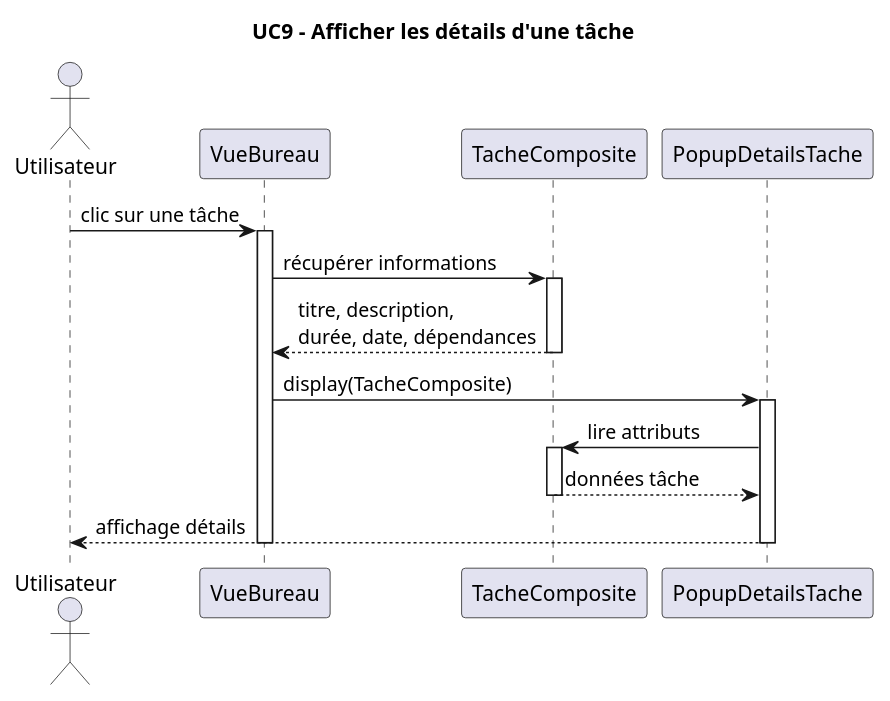
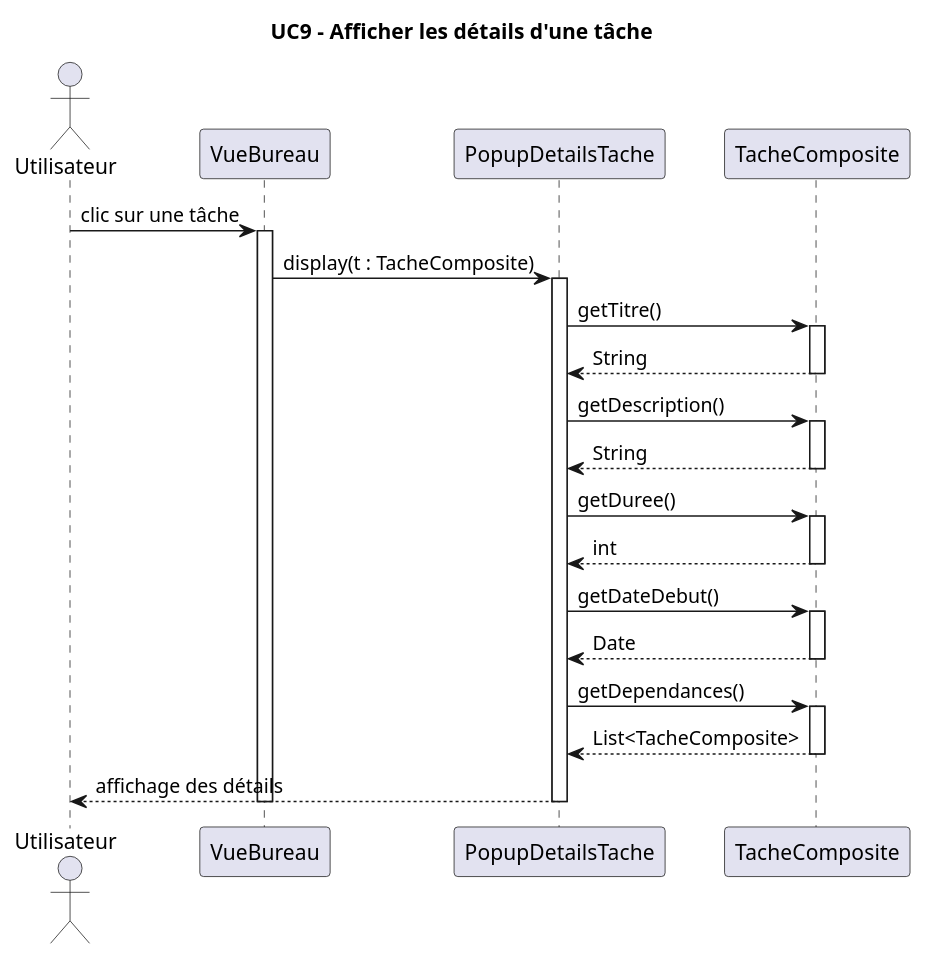
One commit to AlexanderCARNET/SAE_3_01_dev_application changed the diagram in Ollert_QDEV/diagrammes/Iteration4/DiagrammeSequenceDetailTache.puml. Above: the diagram before and after it, drawn with PlantUML.

Commit message:
[Doc] Modif du diagramme de séquence DetailTache

```diff
--- a/Ollert_QDEV/diagrammes/Iteration4/DiagrammeSequenceDetailTache.puml
+++ b/Ollert_QDEV/diagrammes/Iteration4/DiagrammeSequenceDetailTache.puml
@@ -1,30 +1,44 @@
 @startuml
 title UC9 - Afficher les détails d'une tâche
 
 actor Utilisateur
 participant VueBureau
+participant PopupDetailsTache
 participant TacheComposite
-participant PopupDetailsTache
 
 Utilisateur -> VueBureau : clic sur une tâche
 activate VueBureau
 
-VueBureau -> TacheComposite : récupérer informations
+VueBureau -> PopupDetailsTache : display(t : TacheComposite)
+activate PopupDetailsTache
+
+PopupDetailsTache -> TacheComposite : getTitre()
 activate TacheComposite
-
-TacheComposite --> VueBureau : titre, description,\ndurée, date, dépendances
+TacheComposite --> PopupDetailsTache : String
 deactivate TacheComposite
 
-VueBureau -> PopupDetailsTache : display(TacheComposite)
-activate PopupDetailsTache
-
-PopupDetailsTache -> TacheComposite : lire attributs
+PopupDetailsTache -> TacheComposite : getDescription()
 activate TacheComposite
-TacheComposite --> PopupDetailsTache : données tâche
+TacheComposite --> PopupDetailsTache : String
 deactivate TacheComposite
 
-PopupDetailsTache --> Utilisateur : affichage détails
+PopupDetailsTache -> TacheComposite : getDuree()
+activate TacheComposite
+TacheComposite --> PopupDetailsTache : int
+deactivate TacheComposite
+
+PopupDetailsTache -> TacheComposite : getDateDebut()
+activate TacheComposite
+TacheComposite --> PopupDetailsTache : Date
+deactivate TacheComposite
+
+PopupDetailsTache -> TacheComposite : getDependances()
+activate TacheComposite
+TacheComposite --> PopupDetailsTache : List<TacheComposite>
+deactivate TacheComposite
+
+PopupDetailsTache --> Utilisateur : affichage des détails
 deactivate PopupDetailsTache
 
 deactivate VueBureau
 @enduml
```
